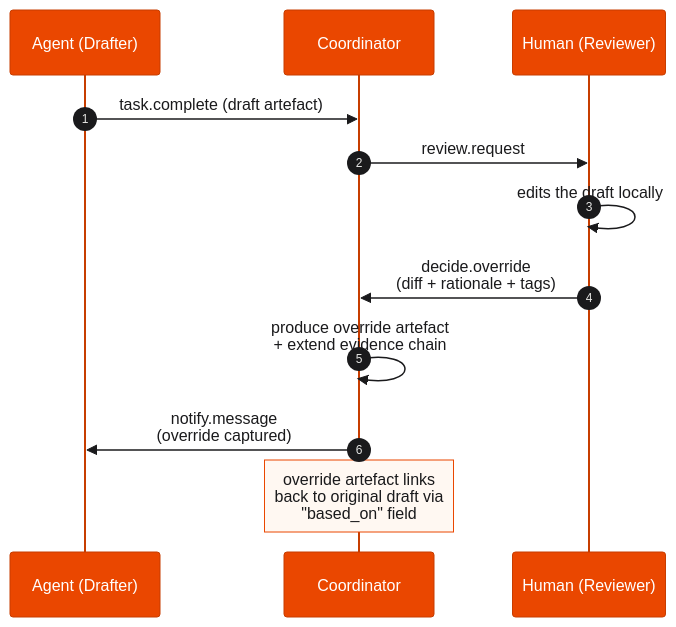
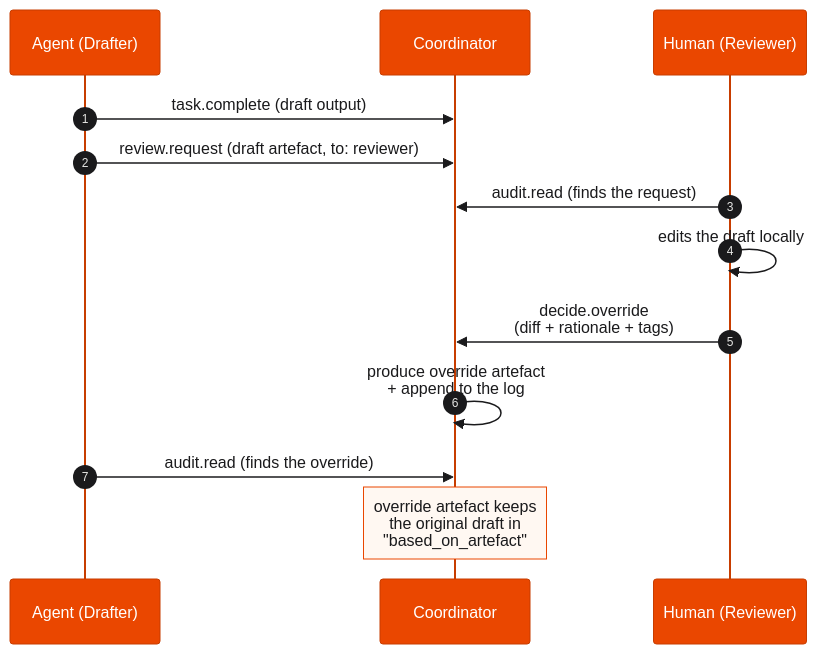
The sixth of 9 diagrams in ARCHITECTURE.md (BrightbeamAI/chap), drawn with Mermaid before and after one commit. The commit also changed other lines of this file and 8 other files, not shown here.

````diff
--- a/ARCHITECTURE.md
+++ b/ARCHITECTURE.md
@@ -319,33 +326,34 @@
 ```mermaid
 %%{init: {
   "theme": "base",
   "themeVariables": {
     "fontSize": "22px",
     "fontFamily": "Arial, Helvetica, sans-serif",
     "primaryColor": "#ffffff",
     "primaryTextColor": "#1a1a1c",
     "primaryBorderColor": "#1a1a1c",
     "lineColor": "#1a1a1c",
     "actorBkg": "#EA4700",
     "actorTextColor": "#ffffff",
     "actorBorder": "#C73D00",
     "labelTextColor": "#1a1a1c",
     "noteBkgColor": "#FFF8F2",
     "noteTextColor": "#1a1a1c",
     "noteBorderColor": "#EA4700"
   }
 }}%%
 sequenceDiagram
     autonumber
     participant A as Agent (Drafter)
     participant C as Coordinator
     participant H as Human (Reviewer)
 
-    A->>C: task.complete (draft artefact)
-    C->>H: review.request
+    A->>C: task.complete (draft output)
+    A->>C: review.request (draft artefact, to: reviewer)
+    H->>C: audit.read (finds the request)
     H->>H: edits the draft locally
     H->>C: decide.override<br/>(diff + rationale + tags)
-    C->>C: produce override artefact<br/>+ extend evidence chain
-    C->>A: notify.message<br/>(override captured)
-    Note over C: override artefact links<br/>back to original draft via<br/>"based_on" field
+    C->>C: produce override artefact<br/>+ append to the log
+    A->>C: audit.read (finds the override)
+    Note over C: override artefact keeps<br/>the original draft in<br/>"based_on_artefact"
 ```
````
